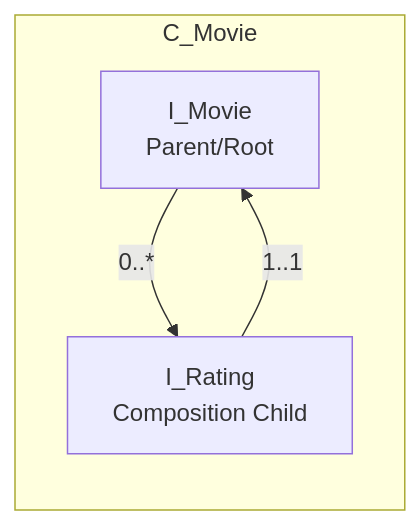
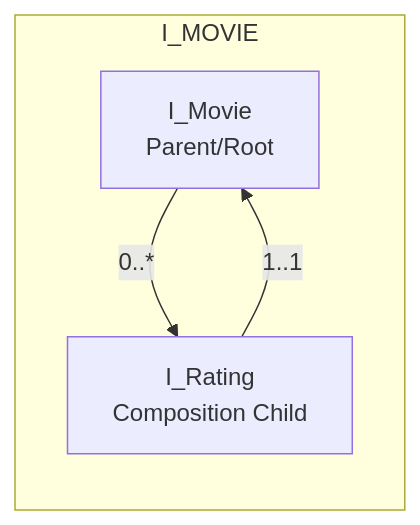
The third of 3 diagrams in README.md (appenmaier/abap_movie), drawn with Mermaid before and after one commit. The commit also changed other lines of this file, not shown here.

````diff
--- a/README.md
+++ b/README.md
@@ -117,12 +115,12 @@
 ```mermaid
 flowchart
    I_Movie["I_Movie
             Parent/Root"]
    I_Rating["I_Rating
              Composition Child"]
-   subgraph "C_Movie"
+   subgraph "I_MOVIE"
       direction TB
       I_Movie --0..*--> I_Rating
       I_Rating --1..1--> I_Movie
    end
 ```
````
